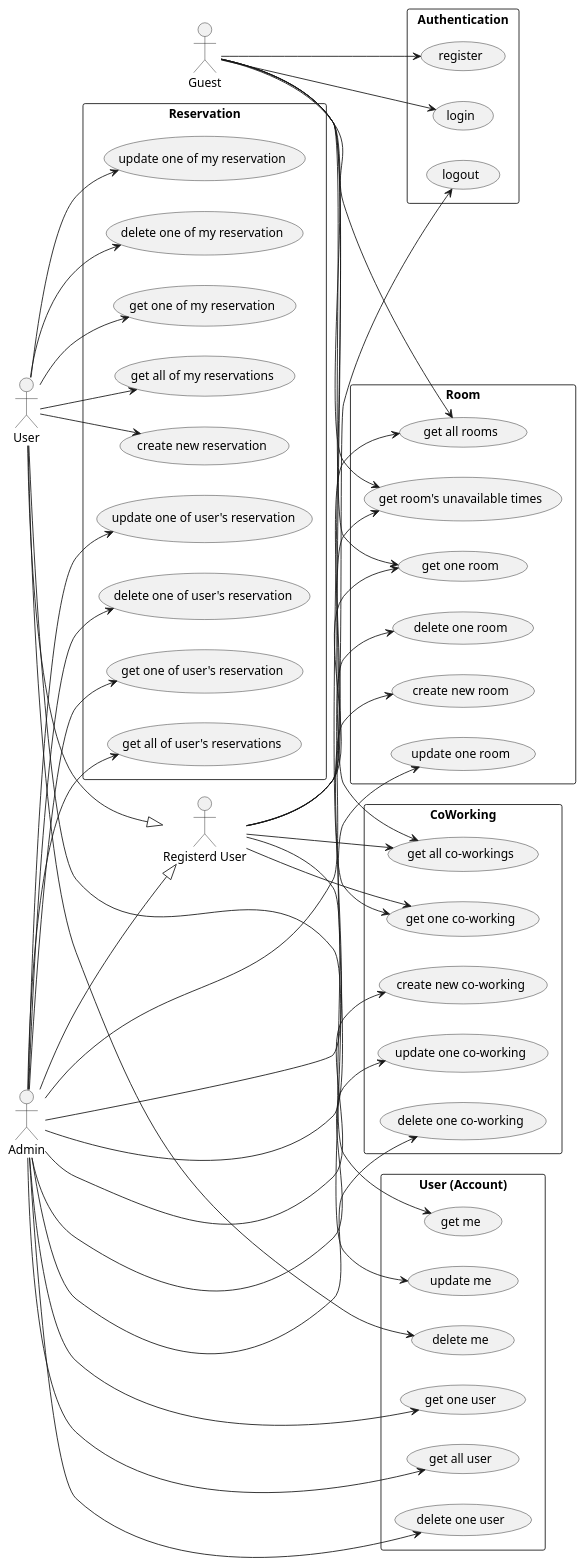
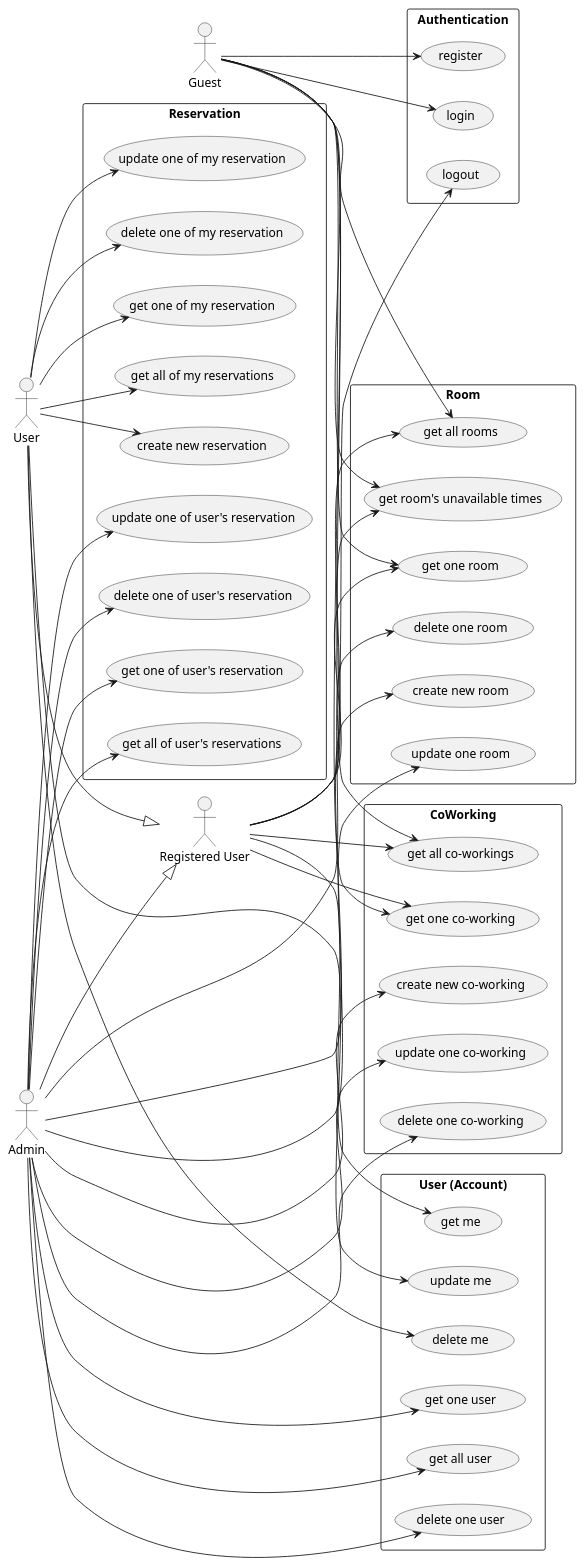
The diagram in diagrams/usecase/usecase.puml (TeaChanathip/SwDev-Project), drawn with PlantUML before and after one commit. The commit also changed 9 other files, not shown here.

```diff
--- a/diagrams/usecase/usecase.puml
+++ b/diagrams/usecase/usecase.puml
@@ -1,96 +1,96 @@
 @startuml usecase
 left to right direction
 
 actor Guest
-actor "Registerd User"
+actor "Registered User"
 actor User
 actor Admin
 
-User --|> "Registerd User"
-Admin --|> "Registerd User"
+User --|> "Registered User"
+Admin --|> "Registered User"
 
 rectangle "Authentication" {
     usecase "register" as AuthUC1
     usecase "login" as AuthUC2
     usecase "logout" as AuthUC3
 }
 
 rectangle "User (Account)" {
     usecase "get me" as UserUC1
     usecase "update me" as UserUC2
     usecase "delete me" as UserUC3
 
     usecase "get one user" as UserUC4
     usecase "get all user" as UserUC5
     usecase "delete one user" as UserUC6
 }
 
 rectangle "CoWorking" {
     usecase "create new co-working" as CoWorkingUC1
     usecase "get one co-working" as CoWorkingUC2
     usecase "get all co-workings" as CoWorkingUC3
     usecase "update one co-working" as CoWorkingUC4
     usecase "delete one co-working" as CoWorkingUC5
 }
 
 rectangle "Room" {
     usecase "create new room" as RoomUC1
     usecase "get one room" as RoomUC2
     usecase "get all rooms" as RoomUC3
     usecase "update one room" as RoomUC4
     usecase "delete one room" as RoomUC5
     usecase "get room's unavailable times" as RoomUC6
 }
 
 rectangle "Reservation" {
     usecase "create new reservation" as ReserveUC1
     usecase "update one of my reservation" as ReserveUC2
     usecase "delete one of my reservation" as ReserveUC3
     usecase "get one of my reservation" as ReserveUC4
     usecase "get all of my reservations" as ReserveUC5
 
     usecase "update one of user's reservation" as ReserveUC6
     usecase "delete one of user's reservation" as ReserveUC7
     usecase "get one of user's reservation" as ReserveUC8
     usecase "get all of user's reservations" as ReserveUC9
 }
 
 Guest --> AuthUC1
 Guest --> AuthUC2
 Guest --> CoWorkingUC2
 Guest --> CoWorkingUC3
 Guest --> RoomUC2
 Guest --> RoomUC3
 Guest --> RoomUC6
 
-"Registerd User" --> AuthUC3
-"Registerd User" --> UserUC1
-"Registerd User" --> CoWorkingUC2
-"Registerd User" --> CoWorkingUC3
-"Registerd User" --> RoomUC2
-"Registerd User" --> RoomUC3
-"Registerd User" --> RoomUC6
+"Registered User" --> AuthUC3
+"Registered User" --> UserUC1
+"Registered User" --> CoWorkingUC2
+"Registered User" --> CoWorkingUC3
+"Registered User" --> RoomUC2
+"Registered User" --> RoomUC3
+"Registered User" --> RoomUC6
 
 User --> UserUC2
 User --> UserUC3
 User --> ReserveUC1
 User --> ReserveUC2
 User --> ReserveUC3
 User --> ReserveUC4
 User --> ReserveUC5
 
 Admin --> UserUC4
 Admin --> UserUC5
 Admin --> UserUC6
 Admin --> CoWorkingUC1
 Admin --> CoWorkingUC4
 Admin --> CoWorkingUC5
 Admin --> RoomUC1
 Admin --> RoomUC4
 Admin --> RoomUC5
 Admin --> ReserveUC6
 Admin --> ReserveUC7
 Admin --> ReserveUC8
 Admin --> ReserveUC9
 
 @enduml
```
